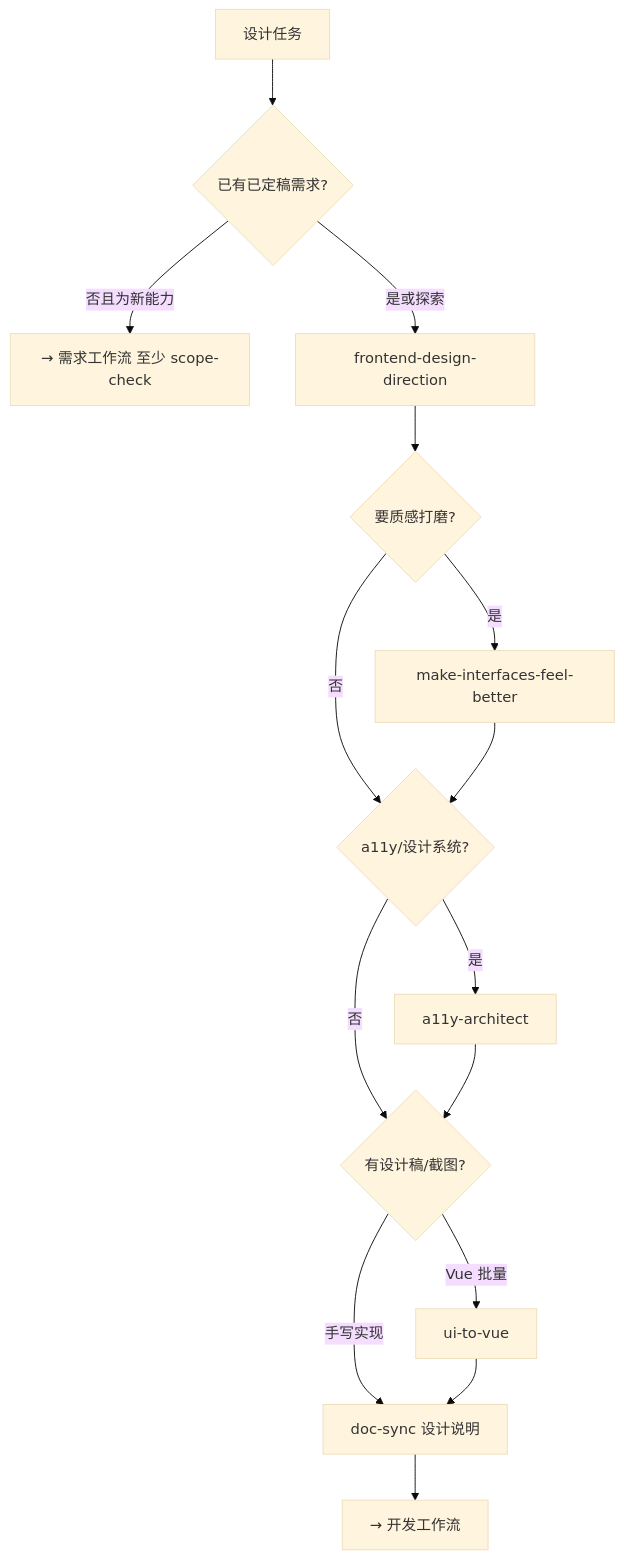
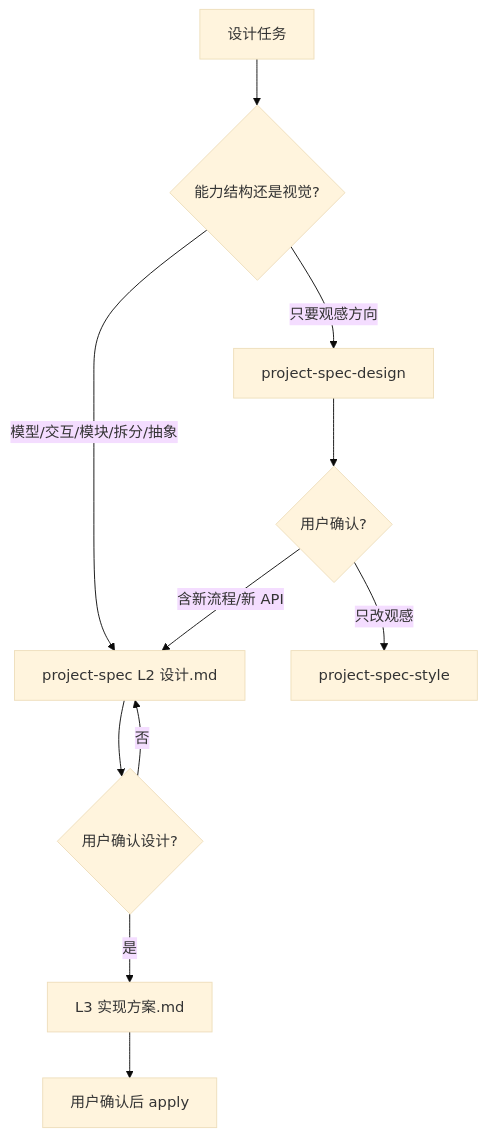
Before and after one commit to MyLoveou/cursor-project-spec: the diagram in shared/workflows/design.md, drawn with Mermaid (base theme). The commit also changed other lines of this file and 314 other files, not shown here.

First line of the commit message:
feat: 收敛为 Cursor 规范库，并用 project-spec 管设计与组合交付

````diff
--- a/shared/workflows/design.md
+++ b/shared/workflows/design.md
@@ -14,17 +13,13 @@
 ```mermaid
 flowchart TD
-  A[设计任务] --> B{已有已定稿需求?}
-  B -->|否且为新能力| C[→ 需求工作流 至少 scope-check]
-  B -->|是或探索| D[frontend-design-direction]
-  D --> E{要质感打磨?}
-  E -->|是| F[make-interfaces-feel-better]
-  E -->|否| G{a11y/设计系统?}
-  F --> G
-  G -->|是| H[a11y-architect]
-  G -->|否| I{有设计稿/截图?}
-  H --> I
-  I -->|Vue 批量| J[ui-to-vue]
-  I -->|手写实现| K[doc-sync 设计说明]
-  J --> K
-  K --> L[→ 开发工作流]
+  A[设计任务] --> B{能力结构还是视觉?}
+  B -->|模型/交互/模块/拆分/抽象| C[project-spec L2 设计.md]
+  C --> D{用户确认设计?}
+  D -->|否| C
+  D -->|是| E[L3 实现方案.md]
+  E --> F[用户确认后 apply]
+  B -->|只要观感方向| G[project-spec-design]
+  G --> H{用户确认?}
+  H -->|只改观感| I[project-spec-style]
+  H -->|含新流程/新 API| C
 ```
````
